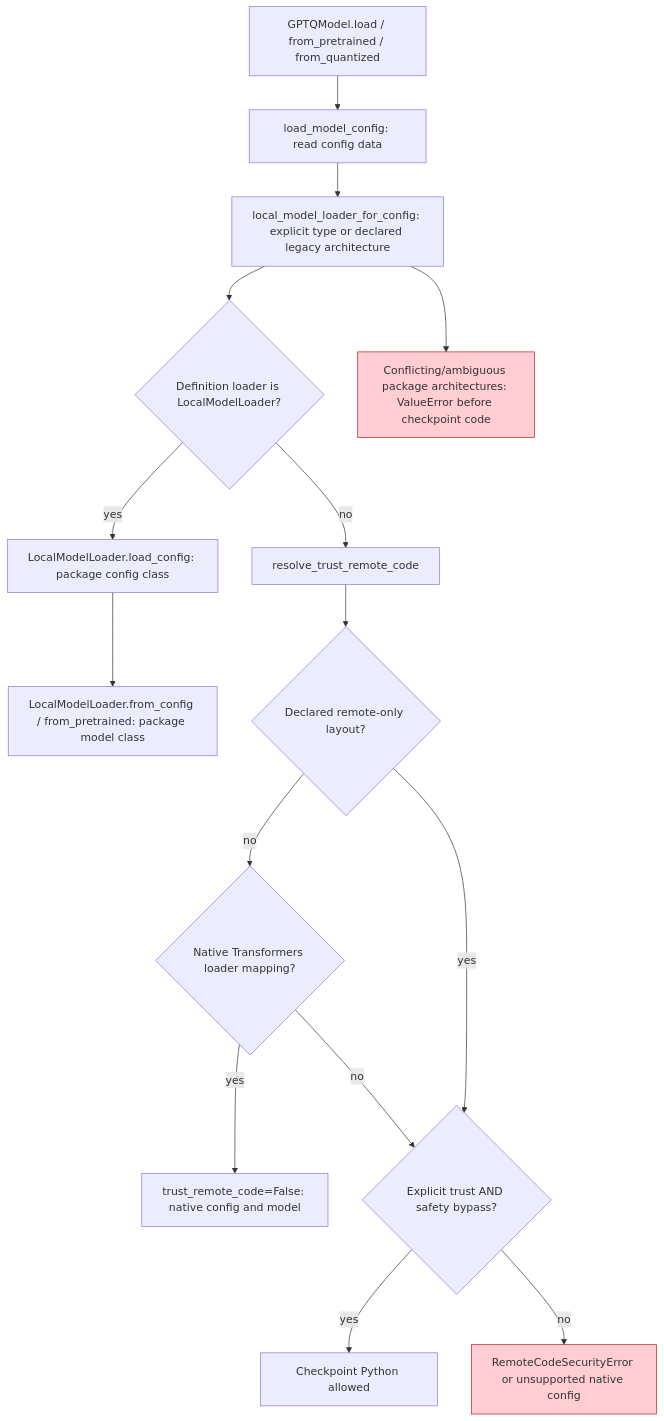
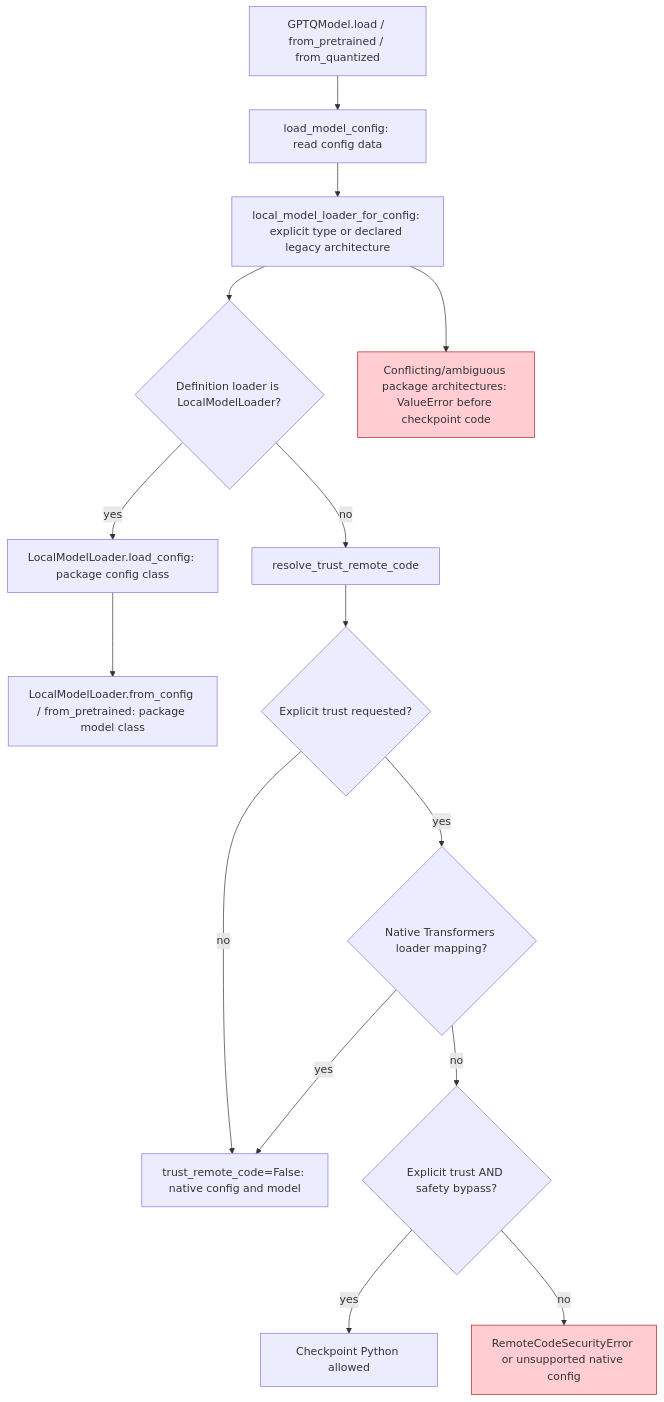
Before and after one commit to ModelCloud/GPTQModel: the first of 5 diagrams in docs/trust-remote-code-isolation.md, drawn with Mermaid. The commit also changed other lines of this file and 3 other files, not shown here.

````diff
--- a/docs/trust-remote-code-isolation.md
+++ b/docs/trust-remote-code-isolation.md
@@ -16,19 +16,19 @@
 ```mermaid
 flowchart TD
     A["GPTQModel.load / from_pretrained / from_quantized"] --> B["load_model_config: read config data"]
     B --> Q["local_model_loader_for_config: explicit type or declared legacy architecture"]
     Q --> C{"Definition loader is LocalModelLoader?"}
     Q --> M["Conflicting/ambiguous package architectures: ValueError before checkpoint code"]
     C -- yes --> D["LocalModelLoader.load_config: package config class"]
     D --> E["LocalModelLoader.from_config / from_pretrained: package model class"]
     C -- no --> F["resolve_trust_remote_code"]
-    F --> G{"Declared remote-only layout?"}
-    G -- no --> H{"Native Transformers loader mapping?"}
+    F --> G{"Explicit trust requested?"}
+    G -- no --> I["trust_remote_code=False: native config and model"]
+    G -- yes --> H{"Native Transformers loader mapping?"}
     H -- yes --> I["trust_remote_code=False: native config and model"]
     H -- no --> J{"Explicit trust AND safety bypass?"}
-    G -- yes --> J
     J -- yes --> K["Checkpoint Python allowed"]
     J -- no --> L["RemoteCodeSecurityError or unsupported native config"]
     style L fill:#ffcdd2,stroke:#b71c1c
     style M fill:#ffcdd2,stroke:#b71c1c
 ```
````
